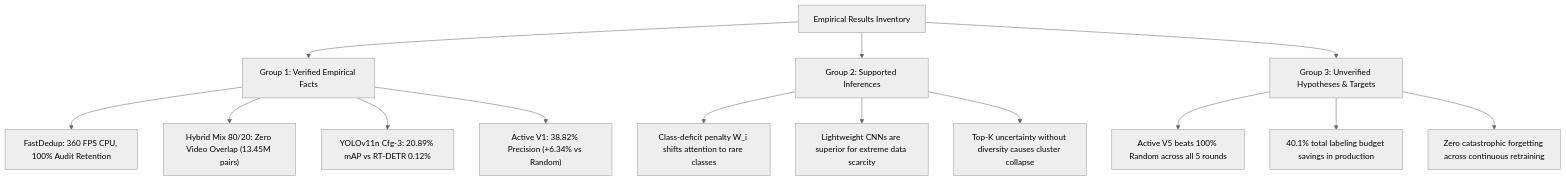
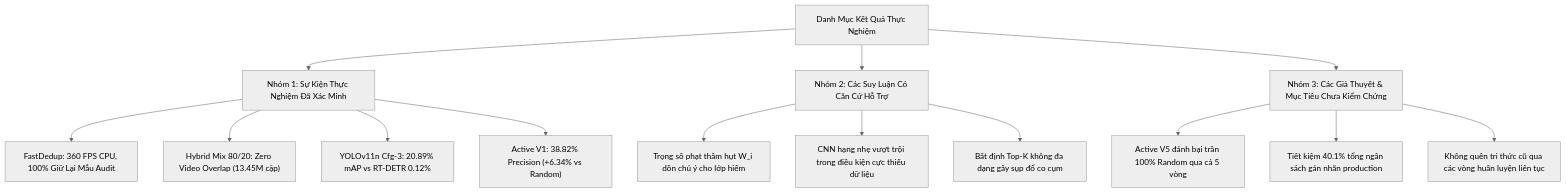
One commit to Wanlee199/bdd10k-hitl-simulator-web changed the diagram in docs/05_limitations_and_future_work.md. Above: the diagram before and after it, drawn with Mermaid (neutral theme). The commit also changed other lines of this file and 13 other files, not shown here.

````diff
--- a/docs/05_limitations_and_future_work.md
+++ b/docs/05_limitations_and_future_work.md
@@ -95,19 +95,19 @@
 ```mermaid
 flowchart TD
-    A["Empirical Results Inventory"] --> B["Group 1: Verified Empirical Facts"]
-    A --> C["Group 2: Supported Inferences"]
-    A --> D["Group 3: Unverified Hypotheses & Targets"]
+    A["Danh Mục Kết Quả Thực Nghiệm"] --> B["Nhóm 1: Sự Kiện Thực Nghiệm Đã Xác Minh"]
+    A --> C["Nhóm 2: Các Suy Luận Có Căn Cứ Hỗ Trợ"]
+    A --> D["Nhóm 3: Các Giả Thuyết & Mục Tiêu Chưa Kiểm Chứng"]
 
-    B --> B1["FastDedup: 360 FPS CPU, 100% Audit Retention"]
-    B --> B2["Hybrid Mix 80/20: Zero Video Overlap (13.45M pairs)"]
+    B --> B1["FastDedup: 360 FPS CPU, 100% Giữ Lại Mẫu Audit"]
+    B --> B2["Hybrid Mix 80/20: Zero Video Overlap (13.45M cặp)"]
     B --> B3["YOLOv11n Cfg-3: 20.89% mAP vs RT-DETR 0.12%"]
     B --> B4["Active V1: 38.82% Precision (+6.34% vs Random)"]
 
-    C --> C1["Class-deficit penalty W_i shifts attention to rare classes"]
-    C --> C2["Lightweight CNNs are superior for extreme data scarcity"]
-    C --> C3["Top-K uncertainty without diversity causes cluster collapse"]
+    C --> C1["Trọng số phạt thâm hụt W_i dồn chú ý cho lớp hiếm"]
+    C --> C2["CNN hạng nhẹ vượt trội trong điều kiện cực thiếu dữ liệu"]
+    C --> C3["Bất định Top-K không đa dạng gây sụp đổ co cụm"]
 
-    D --> D1["Active V5 beats 100% Random across all 5 rounds"]
-    D --> D2["40.1% total labeling budget savings in production"]
-    D --> D3["Zero catastrophic forgetting across continuous retraining"]
+    D --> D1["Active V5 đánh bại trần 100% Random qua cả 5 vòng"]
+    D --> D2["Tiết kiệm 40.1% tổng ngân sách gán nhãn production"]
+    D --> D3["Không quên tri thức cũ qua các vòng huấn luyện liên tục"]
 ```
````
